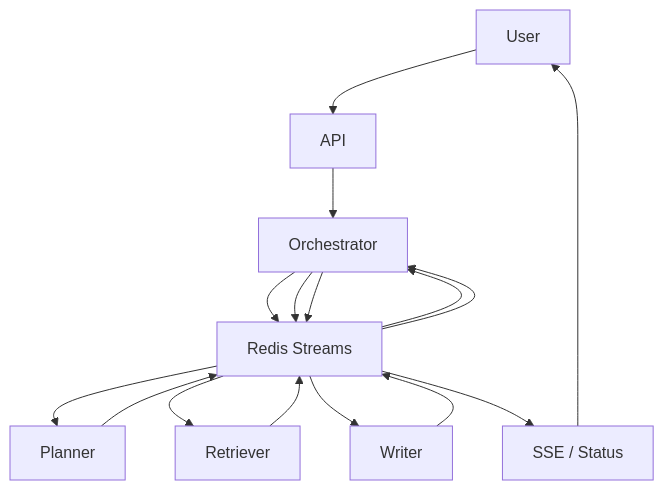
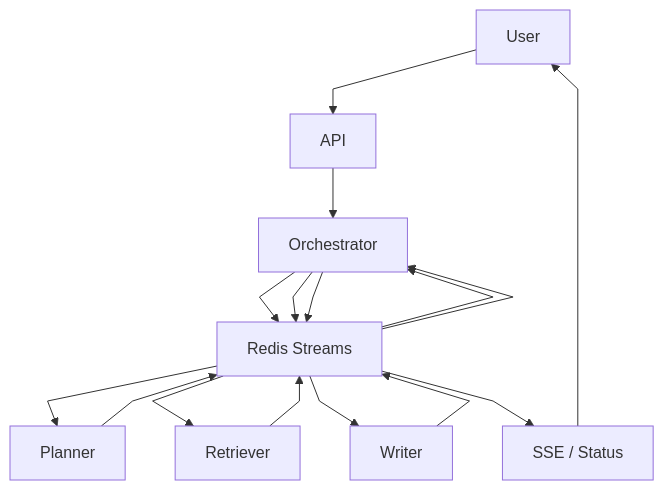
One commit to Muru-Pan/Multi_Agent changed the diagram in README.md. Above: the diagram before and after it, drawn with Mermaid.

Commit message:
Use straight Mermaid edges in README diagram

````diff
--- a/README.md
+++ b/README.md
@@ -17,27 +17,28 @@
 ```mermaid
+%%{init: {'flowchart': {'curve': 'linear'}}}%%
 flowchart TD
     U["User"]
     API["API"]
     ORCH["Orchestrator"]
     REDIS["Redis Streams"]
     PLAN["Planner"]
     RET["Retriever"]
     WR["Writer"]
     OUT["SSE / Status"]
 
     U --> API
     API --> ORCH
     ORCH --> REDIS
     REDIS --> PLAN
     PLAN --> REDIS
     REDIS --> ORCH
     ORCH --> REDIS
     REDIS --> RET
     RET --> REDIS
     REDIS --> ORCH
     ORCH --> REDIS
     REDIS --> WR
     WR --> REDIS
     REDIS --> OUT
     OUT --> U
 ```
````
